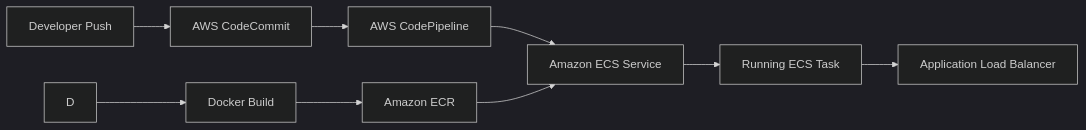
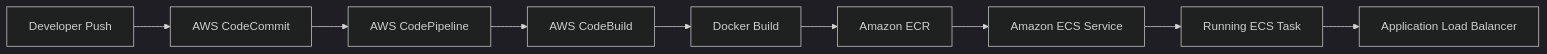
Before and after one commit to DarshanCHMSR/ci_cd_pipeline: the diagram in README.md, drawn with Mermaid (dark theme). The commit also changed other lines of this file, not shown here.

Commit message:
readme updated

````diff
--- a/README.md
+++ b/README.md
@@ -102,11 +101,11 @@
 ```mermaid
 flowchart LR
     A[Developer Push] --> B[AWS CodeCommit]
     B --> C[AWS CodePipeline]
-    C --> H[AWS CodeBuild]
+    C --> D[AWS CodeBuild]
     D --> E[Docker Build]
     E --> F[Amazon ECR]
-    F --> H[Amazon ECS Service]
-    H --> I[Running ECS Task]
-    I --> J[Application Load Balancer]
+    F --> G[Amazon ECS Service]
+    G --> H[Running ECS Task]
+    H --> I[Application Load Balancer]
 ```
````
